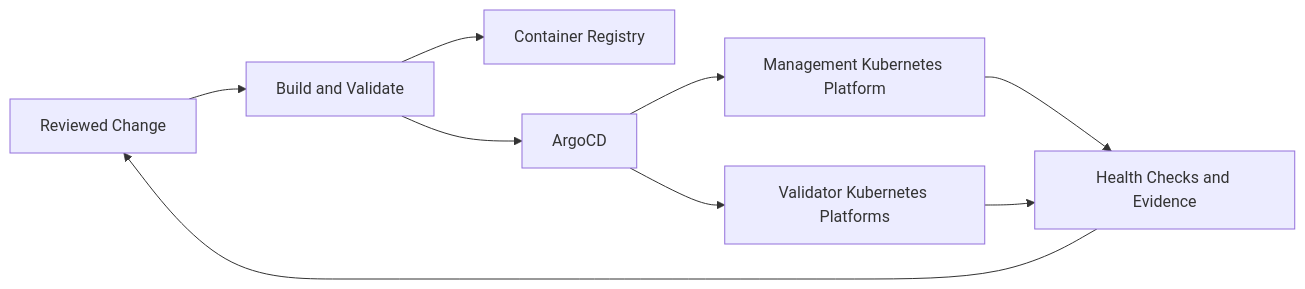
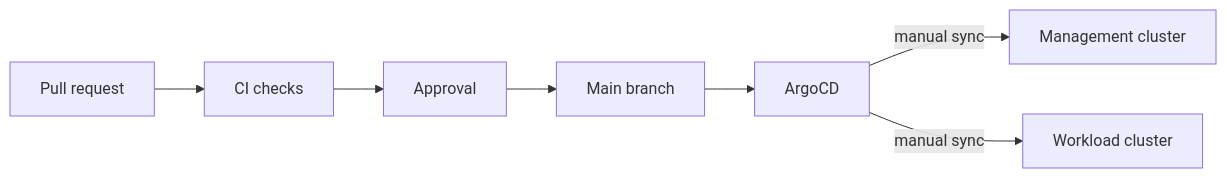
Before and after one commit to FP-Validated/fp-validated-docs: the diagram in website/docs/fp-validated-infra/gitops-topology.md, drawn with Mermaid. The commit also changed other lines of this file and 21 other files, not shown here.

First line of the commit message:
Bring infrastructure and chain architecture docs up to date

````diff
--- a/website/docs/fp-validated-infra/gitops-topology.md
+++ b/website/docs/fp-validated-infra/gitops-topology.md
@@ -11,19 +11,17 @@
 ```mermaid
 flowchart LR
-  pr[Reviewed Change]
-  ci[Build and Validate]
-  registry[Container Registry]
+  pr[Pull request]
+  ci[CI checks]
+  review[Approval]
+  main[Main branch]
   argo[ArgoCD]
-  mgmt[Management Kubernetes Platform]
-  validator[Validator Kubernetes Platforms]
-  evidence[Health Checks and Evidence]
+  mgmt[Management cluster]
+  work[Workload cluster]
 
   pr --> ci
-  ci --> registry
-  ci --> argo
-  argo --> mgmt
-  argo --> validator
-  mgmt --> evidence
-  validator --> evidence
-  evidence --> pr
+  ci --> review
+  review --> main
+  main --> argo
+  argo -- manual sync --> mgmt
+  argo -- manual sync --> work
 ```
````
